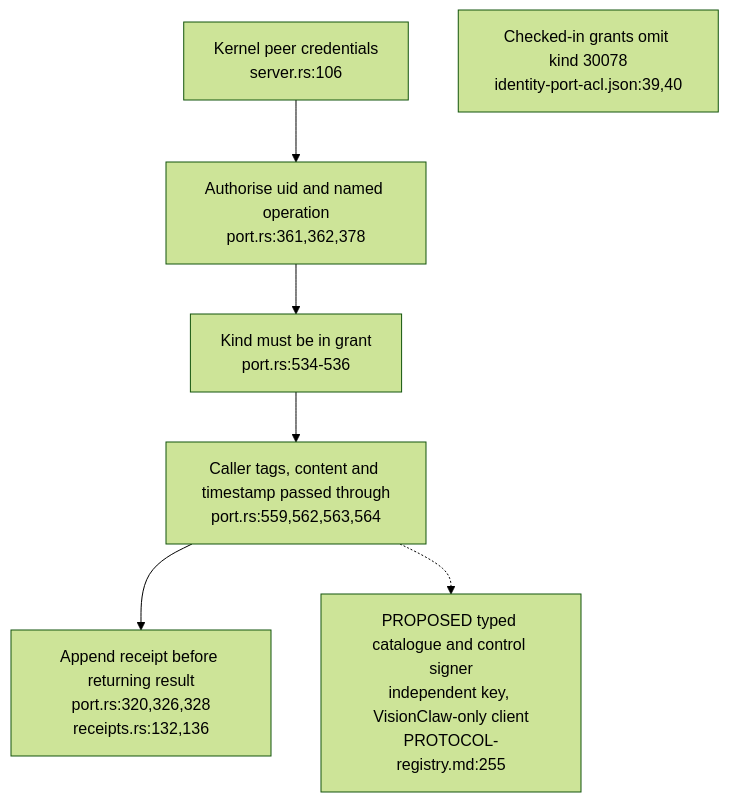
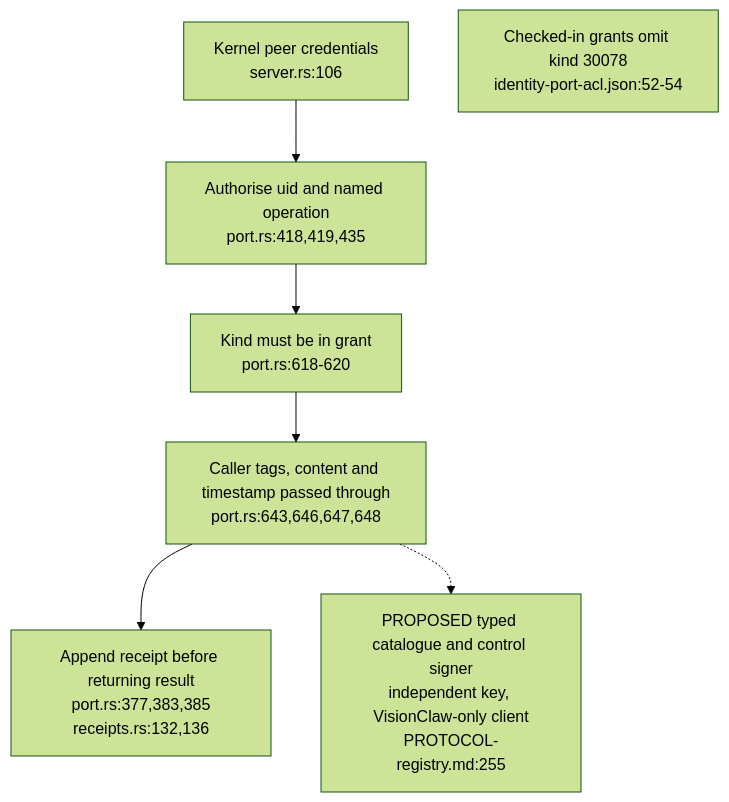
The second of 4 diagrams in docs/diagrams/agentbox/37-mesh-signer-and-recovery.md (DreamLab-AI/VisionFlow), drawn with Mermaid (forest theme) before and after one commit. The commit also changed other lines of this file and 36 other files, not shown here.

First line of the commit message:
docs(diagrams): re-derive and re-stamp agentbox, dream-engine, visioncraft, visiontouch and vowl topics; drop LAN addresses

````diff
--- a/docs/diagrams/agentbox/37-mesh-signer-and-recovery.md
+++ b/docs/diagrams/agentbox/37-mesh-signer-and-recovery.md
@@ -48,10 +48,10 @@
 ```mermaid
 flowchart TD
-    SOCKET["Kernel peer credentials<br/>server.rs:106"] --> UID["Authorise uid and named operation<br/>port.rs:361,362,378"]
-    UID --> GRANT["Kind must be in grant<br/>port.rs:534-536"]
-    GRANT --> SIGN["Caller tags, content and timestamp passed through<br/>port.rs:559,562,563,564"]
-    SIGN --> RECEIPT["Append receipt before returning result<br/>port.rs:320,326,328<br/>receipts.rs:132,136"]
-    CLOSED["Checked-in grants omit kind 30078<br/>identity-port-acl.json:39,40"]
+    SOCKET["Kernel peer credentials<br/>server.rs:106"] --> UID["Authorise uid and named operation<br/>port.rs:418,419,435"]
+    UID --> GRANT["Kind must be in grant<br/>port.rs:618-620"]
+    GRANT --> SIGN["Caller tags, content and timestamp passed through<br/>port.rs:643,646,647,648"]
+    SIGN --> RECEIPT["Append receipt before returning result<br/>port.rs:377,383,385<br/>receipts.rs:132,136"]
+    CLOSED["Checked-in grants omit kind 30078<br/>identity-port-acl.json:52-54"]
     REQUIRED["PROPOSED typed catalogue and control signer<br/>independent key, VisionClaw-only client<br/>PROTOCOL-registry.md:255"]
     SIGN -.-> REQUIRED
 ```
````
